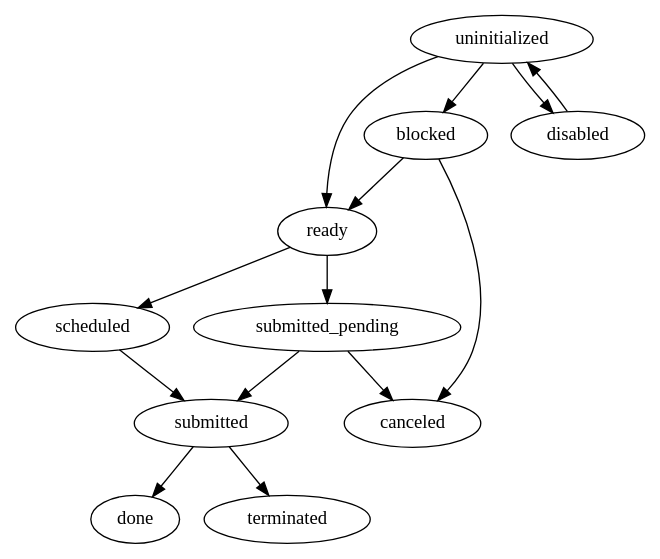
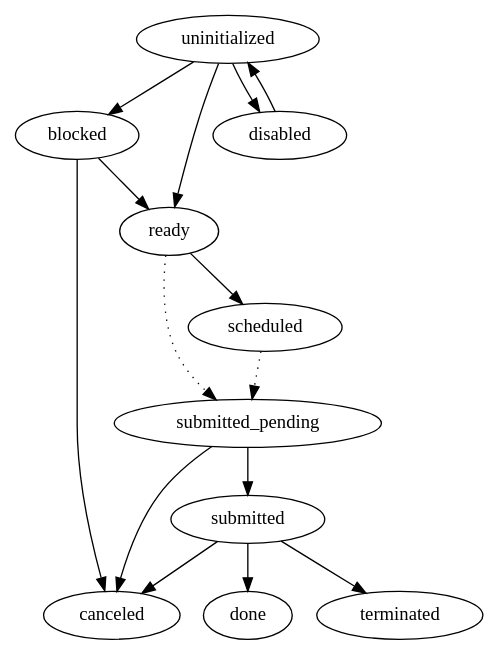
One commit to NREL/torc changed the diagram in docs/behavioral_docs/jobs.rst. Above: the diagram before and after it, drawn with Graphviz. The commit also changed other lines of this file and 1 other file, not shown here.

Commit message:
Fix job state machine in docs

```diff
--- a/docs/behavioral_docs/jobs.rst
+++ b/docs/behavioral_docs/jobs.rst
@@ -24,17 +27,18 @@
 .. graphviz::
 
    digraph job_statuses {
       "uninitialized" -> "ready";
       "uninitialized" -> "blocked";
       "uninitialized" -> "disabled";
       "disabled" -> "uninitialized";
-      "ready" -> "submitted_pending";
+      "ready" -> "submitted_pending" [style = "dotted"];
       "ready" -> "scheduled";
       "submitted_pending" -> "submitted";
+      "submitted" -> "canceled";
       "submitted_pending" -> "canceled";
-      "scheduled" -> "submitted";
+      "scheduled" -> "submitted_pending" [style = "dotted"];
       "submitted" -> "done";
       "submitted" -> "terminated";
       "blocked" -> "canceled";
       "blocked" -> "ready";
    }
```
